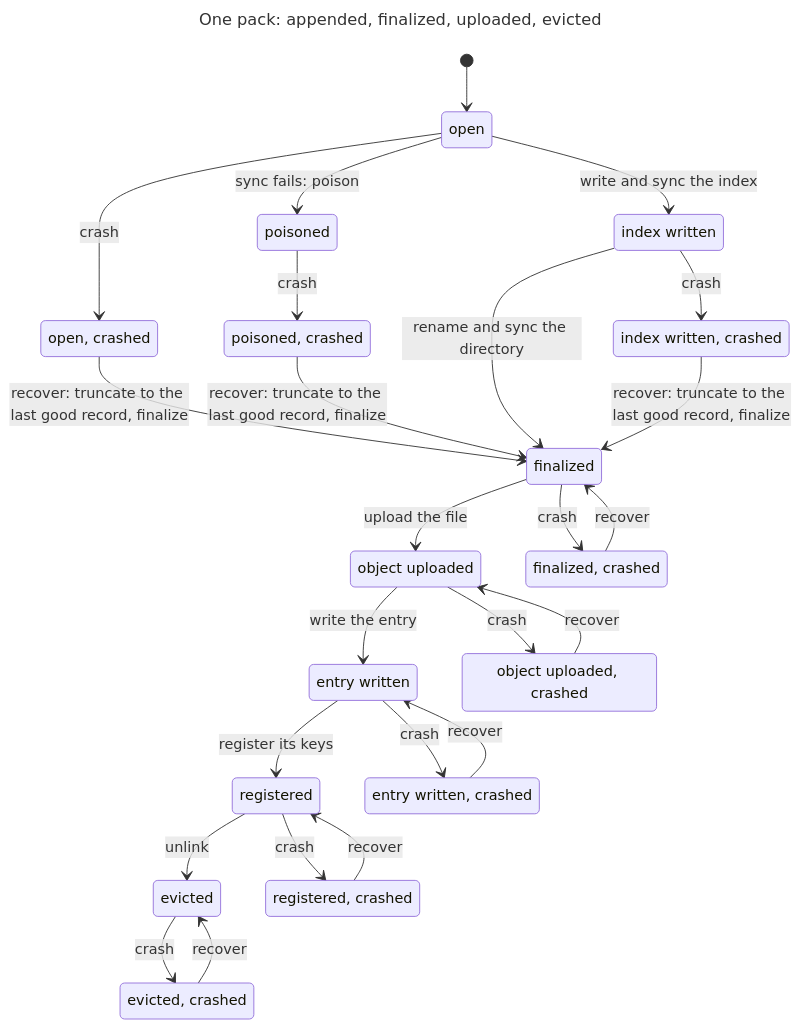
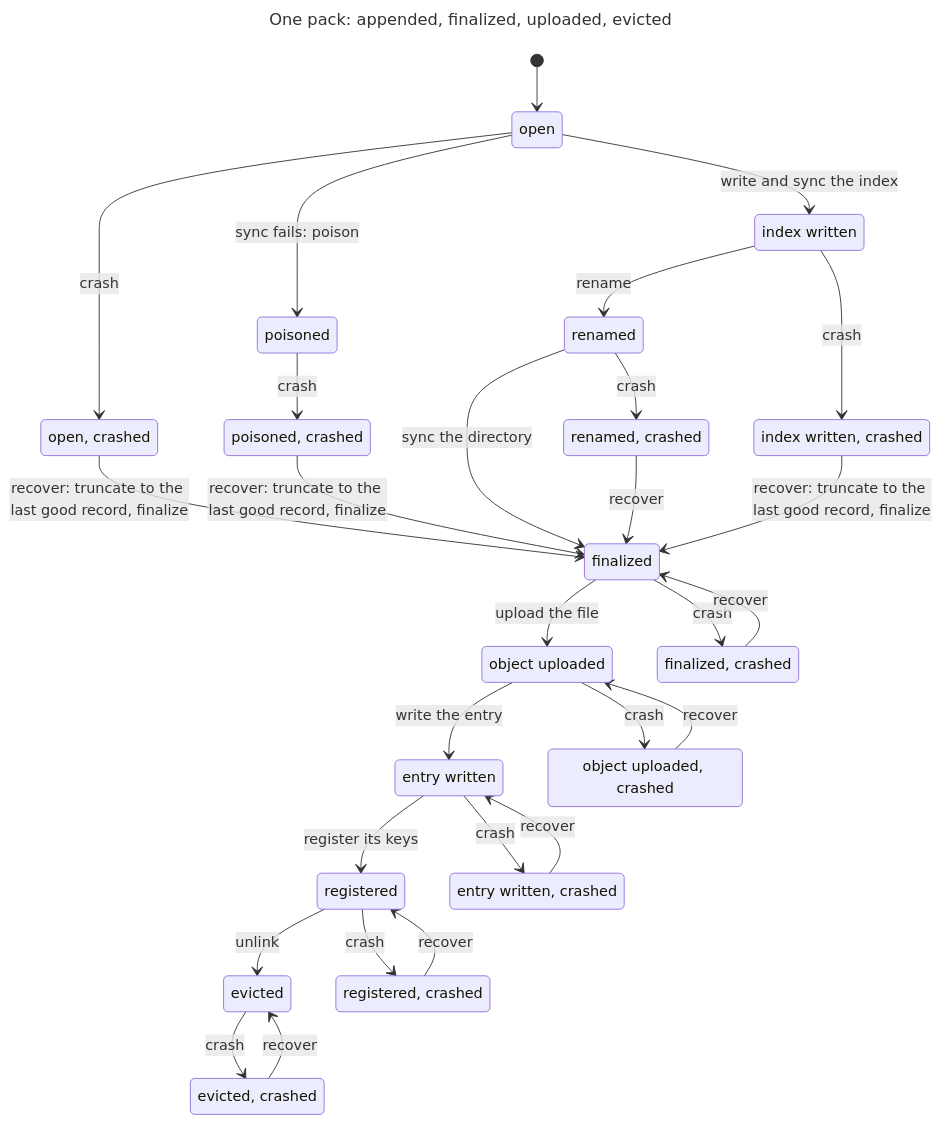
One commit to s4wave/spacewave changed the diagram in db/packfile/packahead/PackAheadLife.chart.mmd. Above: the diagram before and after it, drawn with Mermaid. The commit also changed 6 other files, not shown here.

First line of the commit message:
packahead: model failed writes, a failed finalize sync and the dir sync retry

```diff
--- a/db/packfile/packahead/PackAheadLife.chart.mmd
+++ b/db/packfile/packahead/PackAheadLife.chart.mmd
@@ -1,44 +1,49 @@
 ---
 title: "One pack: appended, finalized, uploaded, evicted"
 ---
 stateDiagram-v2
   s0: open
   s1: open, crashed
   s2: poisoned
   s3: finalized
   s4: object uploaded
   s5: poisoned, crashed
   s6: index written
   s7: entry written
-  s8: registered
-  s9: index written, crashed
-  s10: evicted
-  s11: finalized, crashed
-  s12: object uploaded, crashed
-  s13: entry written, crashed
-  s14: registered, crashed
-  s15: evicted, crashed
+  s8: renamed
+  s9: registered
+  s10: index written, crashed
+  s11: evicted
+  s12: renamed, crashed
+  s13: finalized, crashed
+  s14: object uploaded, crashed
+  s15: entry written, crashed
+  s16: registered, crashed
+  s17: evicted, crashed
   [*] --> s0
   s0 --> s1: crash
   s0 --> s2: sync fails: poison
   s1 --> s3: recover: truncate to the last good record, finalize
   s2 --> s5: crash
   s3 --> s4: upload the file
   s0 --> s6: write and sync the index
   s4 --> s7: write the entry
   s5 --> s3: recover: truncate to the last good record, finalize
-  s6 --> s3: rename and sync the directory
-  s6 --> s9: crash
-  s7 --> s8: register its keys
-  s3 --> s11: crash
-  s8 --> s10: unlink
-  s9 --> s3: recover: truncate to the last good record, finalize
-  s4 --> s12: crash
-  s11 --> s3: recover
-  s7 --> s13: crash
-  s12 --> s4: recover
-  s8 --> s14: crash
-  s13 --> s7: recover
-  s10 --> s15: crash
-  s14 --> s8: recover
-  s15 --> s10: recover
+  s6 --> s8: rename
+  s6 --> s10: crash
+  s7 --> s9: register its keys
+  s8 --> s3: sync the directory
+  s8 --> s12: crash
+  s9 --> s11: unlink
+  s10 --> s3: recover: truncate to the last good record, finalize
+  s3 --> s13: crash
+  s12 --> s3: recover
+  s4 --> s14: crash
+  s13 --> s3: recover
+  s7 --> s15: crash
+  s14 --> s4: recover
+  s9 --> s16: crash
+  s15 --> s7: recover
+  s11 --> s17: crash
+  s16 --> s9: recover
+  s17 --> s11: recover
```
